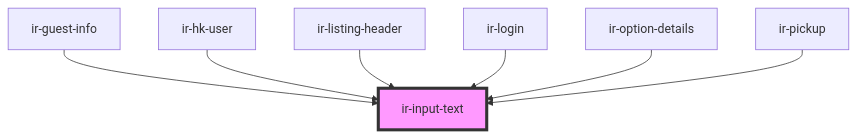
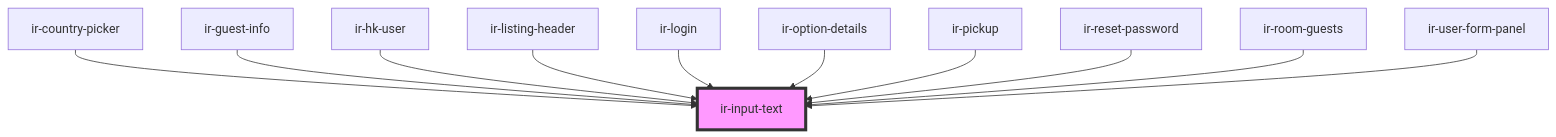
One commit to RonyRizk/ir-webcmp changed the diagram in src/components/ui/ir-input-text/readme.md. Above: the diagram before and after it, drawn with Mermaid. The commit also changed other lines of this file and 293 other files, not shown here.

````diff
--- a/src/components/ui/ir-input-text/readme.md
+++ b/src/components/ui/ir-input-text/readme.md
@@ -55,10 +69,14 @@
 ```mermaid
 graph TD;
+  ir-country-picker --> ir-input-text
   ir-guest-info --> ir-input-text
   ir-hk-user --> ir-input-text
   ir-listing-header --> ir-input-text
   ir-login --> ir-input-text
   ir-option-details --> ir-input-text
   ir-pickup --> ir-input-text
+  ir-reset-password --> ir-input-text
+  ir-room-guests --> ir-input-text
+  ir-user-form-panel --> ir-input-text
   style ir-input-text fill:#f9f,stroke:#333,stroke-width:4px
 ```
````
